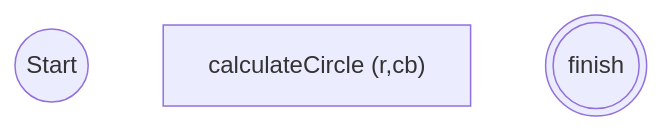
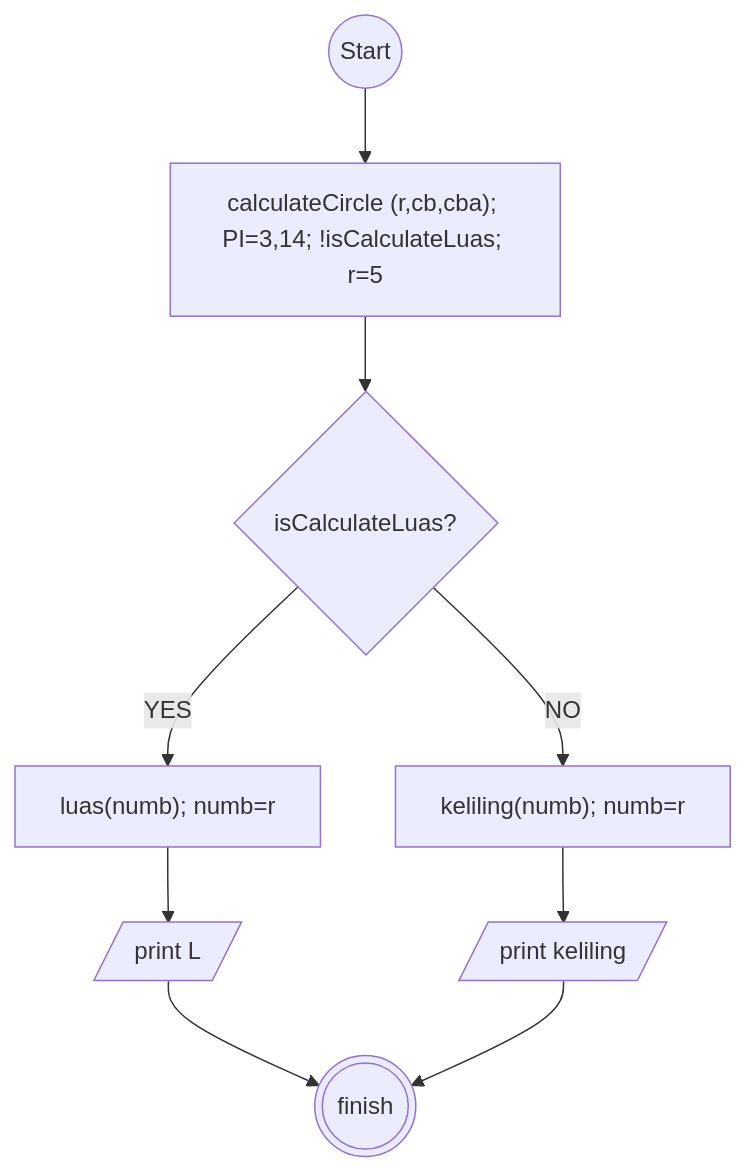
One commit to bando9/koda-b1-javascript2 changed the diagram in README.md. Above: the diagram before and after it, drawn with Mermaid. The commit also changed 1 other file, not shown here.

Commit message:
add flowchart and update minitask 4

````diff
--- a/README.md
+++ b/README.md
@@ -57,11 +57,34 @@
 ```mermaid
 
 flowchart TD
 
   start((Start))
 
-  calculate["calculateCircle (r,cb)"]
+  calculate["calculateCircle (r,cb,cba); PI=3,14; !isCalculateLuas; r=5"]
 
-  finish(((finish)))
+  start --> calculate
+
+    checkLuas{"isCalculateLuas?"}
+    calculate-->checkLuas
+
+    luas["luas(numb); numb=r"]
+    printLuas[/print L/]
+
+    checkLuas-- YES -->luas
+    luas -->printLuas
+
+    finish(((finish)))
+    printLuas -->finish
+
+    keliling["keliling(numb); numb=r"]
+    printKeliling[/print keliling/]
+
+    checkLuas-- NO -->keliling
+    keliling -->printKeliling
+
+    printKeliling-->finish
+
+
+
 
 ```
````
